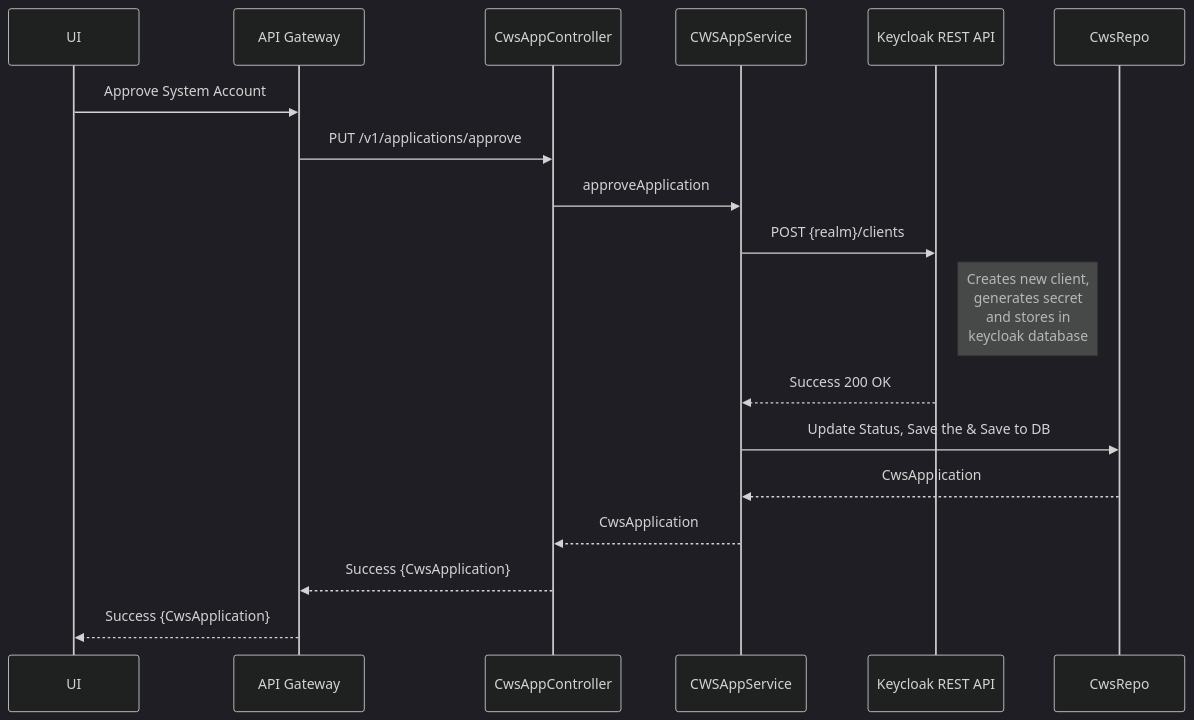
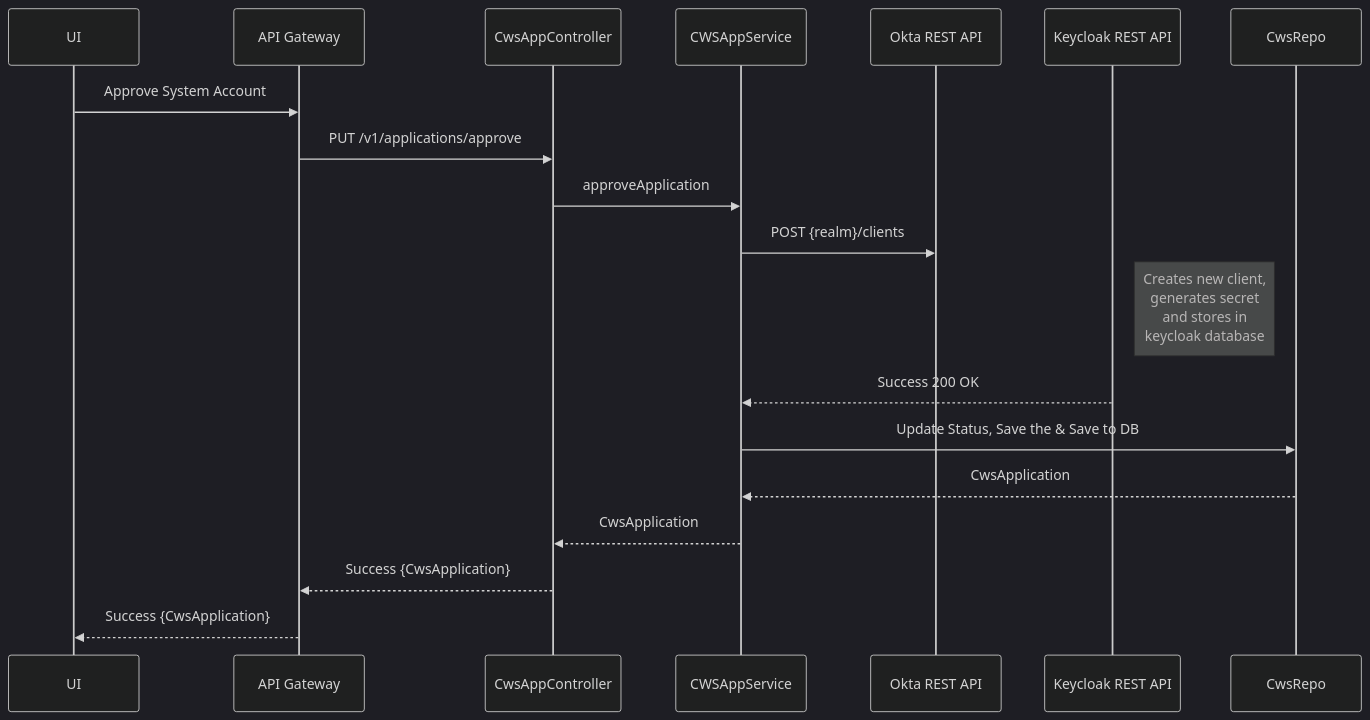
The first of 4 diagrams in README.md (venuduggireddy/slakedit), drawn with Mermaid (dark theme) before and after one commit. The commit also changed other lines of this file, not shown here.

````diff
--- a/README.md
+++ b/README.md
@@ -88,14 +88,14 @@
 ```mermaid
 sequenceDiagram
 UI ->> API Gateway: Approve System Account
 API Gateway->>CwsAppController: PUT /v1/applications/approve
 CwsAppController->> CWSAppService: approveApplication
-CWSAppService ->> Keycloak REST API: POST {realm}/clients
+CWSAppService ->> Okta REST API: POST {realm}/clients
 Note right of Keycloak REST API : Creates new client,<br/>generates secret<br/> and stores in <br/> keycloak database
 Keycloak REST API -->> CWSAppService : Success 200 OK
 CWSAppService ->> CwsRepo: Update Status, Save the & Save to DB 
 CwsRepo -->> CWSAppService: CwsApplication
 CWSAppService -->> CwsAppController: CwsApplication
 CwsAppController -->> API Gateway: Success {CwsApplication}
 API Gateway -->> UI: Success {CwsApplication}
 ```
````
